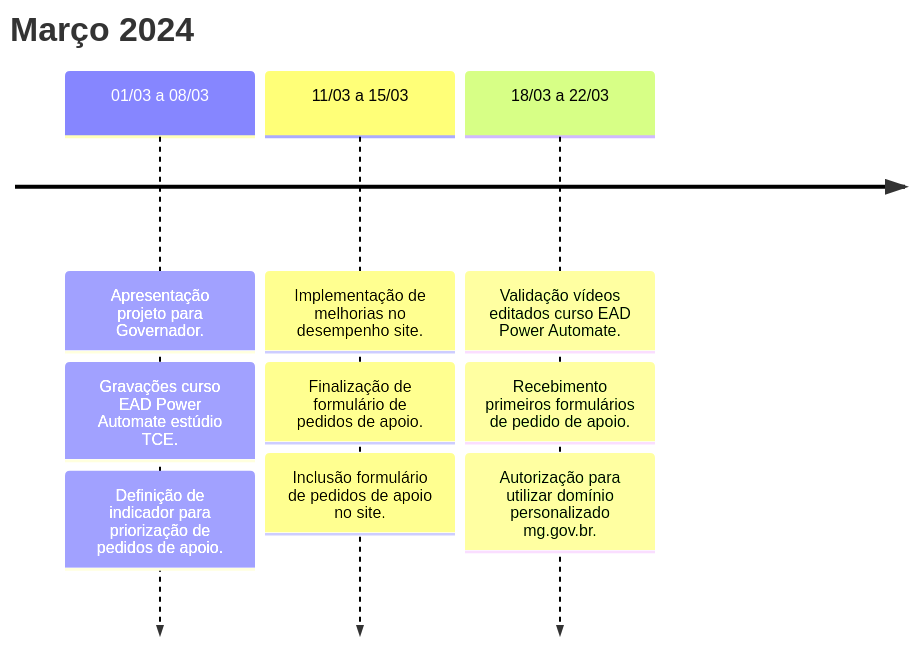
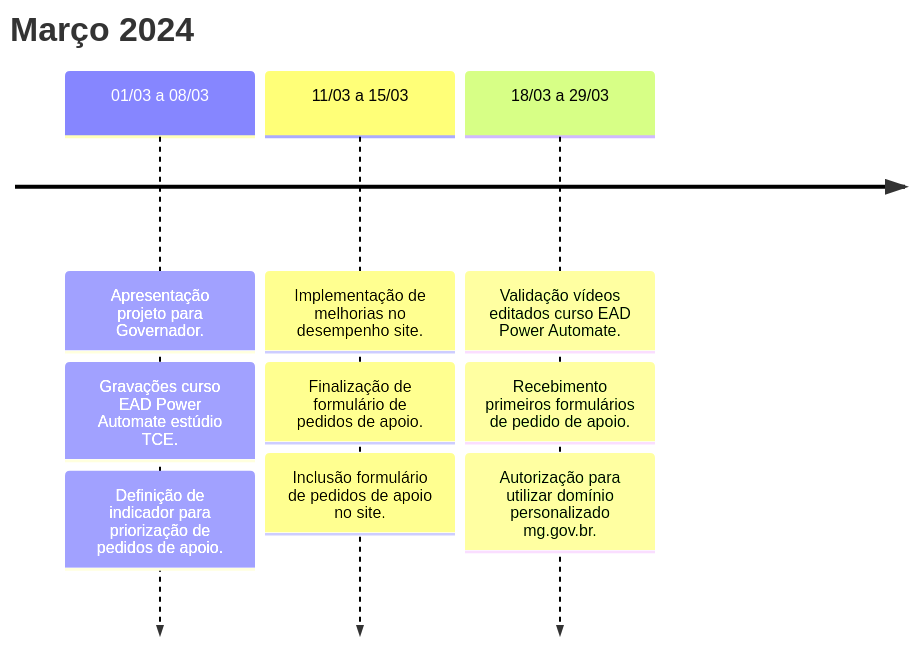
The third of 4 diagrams in docs/linha_do_tempo/automatiza_mg.md (automatiza-mg/handbook), drawn with Mermaid before and after one commit. The commit also changed other lines of this file, not shown here.

````diff
--- a/docs/linha_do_tempo/automatiza_mg.md
+++ b/docs/linha_do_tempo/automatiza_mg.md
@@ -52,13 +54,13 @@
 ```mermaid
 timeline
     title Março 2024
     01/03 a 08/03 : Apresentação projeto para Governador.
                   : Gravações curso EAD Power Automate estúdio TCE.
                   : Definição de indicador para priorização de pedidos de apoio.
     11/03 a 15/03 : Implementação de melhorias no desempenho site.
                   : Finalização de formulário de pedidos de apoio.
                   : Inclusão formulário de pedidos de apoio no site.
-    18/03 a 22/03 : Validação vídeos editados curso EAD Power Automate.
+    18/03 a 29/03 : Validação vídeos editados curso EAD Power Automate.
                   : Recebimento primeiros formulários de pedido de apoio.
                   : Autorização para utilizar domínio personalizado mg.gov.br.
 ```
````
